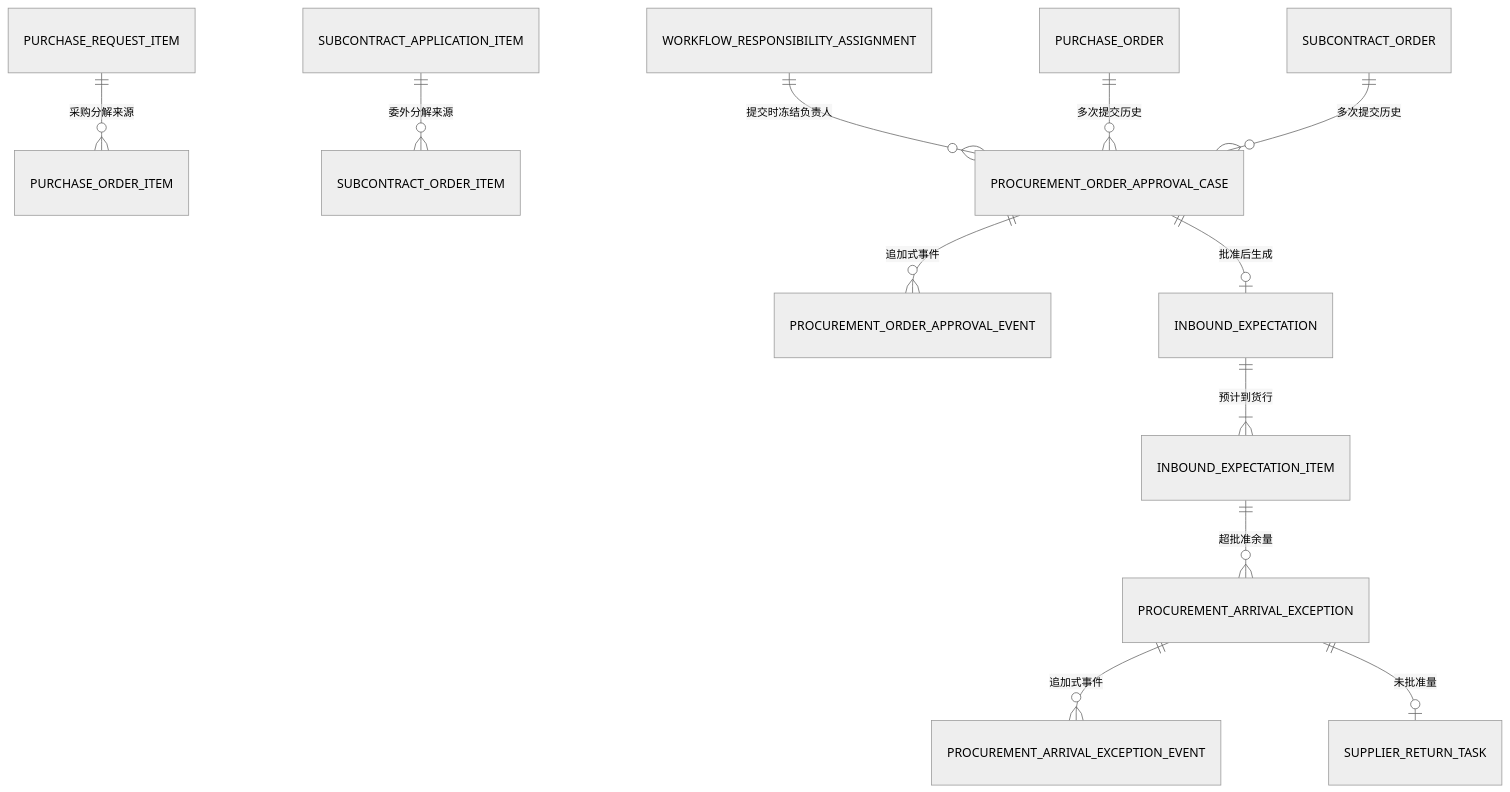
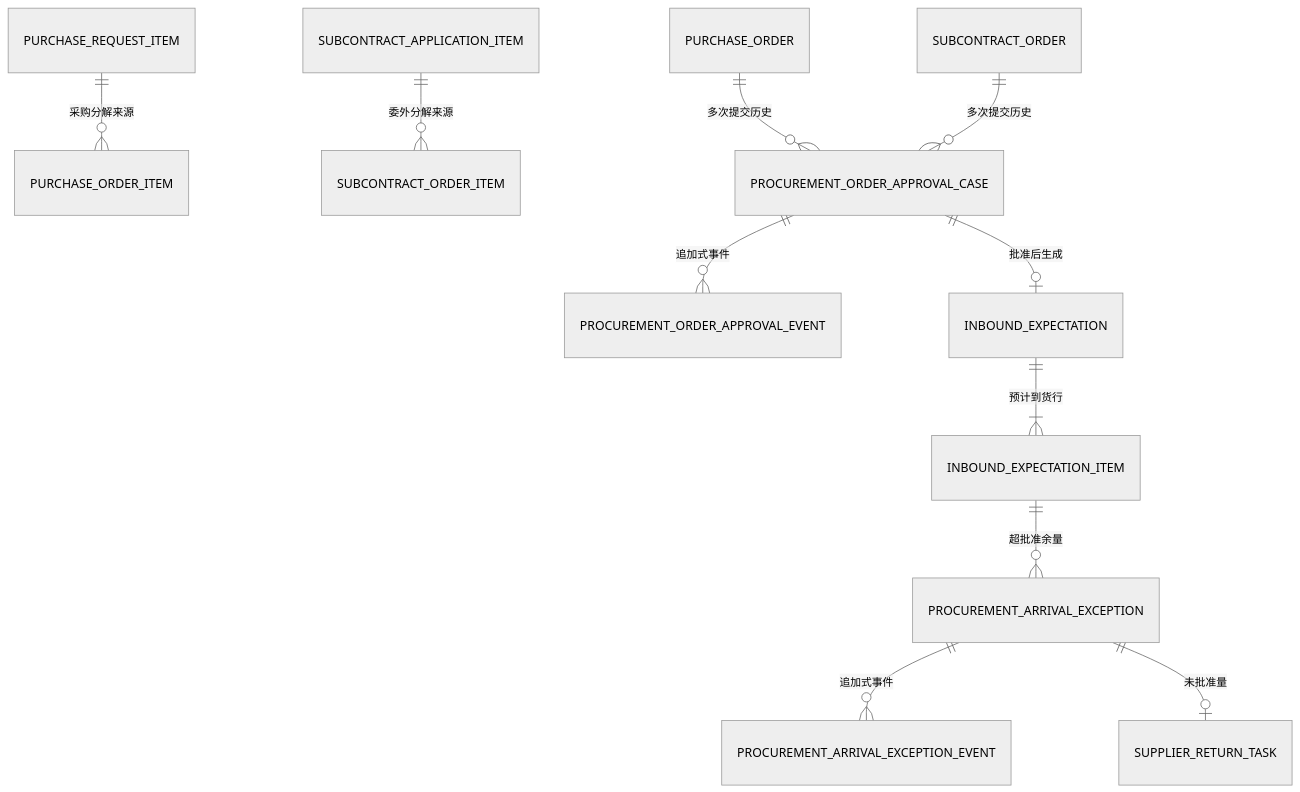
One commit to BruceChu0424/utenelec_imp changed the second of 15 diagrams in docs/04-数据模型/ER草图.md. Above: the diagram before and after it, drawn with Mermaid (neutral theme). The commit also changed other lines of this file and 129 other files, not shown here.

````diff
--- a/docs/04-数据模型/ER草图.md
+++ b/docs/04-数据模型/ER草图.md
@@ -27,14 +27,13 @@
 ```mermaid
 erDiagram
     PURCHASE_REQUEST_ITEM ||--o{ PURCHASE_ORDER_ITEM : "采购分解来源"
     SUBCONTRACT_APPLICATION_ITEM ||--o{ SUBCONTRACT_ORDER_ITEM : "委外分解来源"
-    WORKFLOW_RESPONSIBILITY_ASSIGNMENT ||--o{ PROCUREMENT_ORDER_APPROVAL_CASE : "提交时冻结负责人"
     PURCHASE_ORDER ||--o{ PROCUREMENT_ORDER_APPROVAL_CASE : "多次提交历史"
     SUBCONTRACT_ORDER ||--o{ PROCUREMENT_ORDER_APPROVAL_CASE : "多次提交历史"
     PROCUREMENT_ORDER_APPROVAL_CASE ||--o{ PROCUREMENT_ORDER_APPROVAL_EVENT : "追加式事件"
     PROCUREMENT_ORDER_APPROVAL_CASE ||--o| INBOUND_EXPECTATION : "批准后生成"
     INBOUND_EXPECTATION ||--|{ INBOUND_EXPECTATION_ITEM : "预计到货行"
     INBOUND_EXPECTATION_ITEM ||--o{ PROCUREMENT_ARRIVAL_EXCEPTION : "超批准余量"
     PROCUREMENT_ARRIVAL_EXCEPTION ||--o{ PROCUREMENT_ARRIVAL_EXCEPTION_EVENT : "追加式事件"
     PROCUREMENT_ARRIVAL_EXCEPTION ||--o| SUPPLIER_RETURN_TASK : "未批准量"
 ```
````
